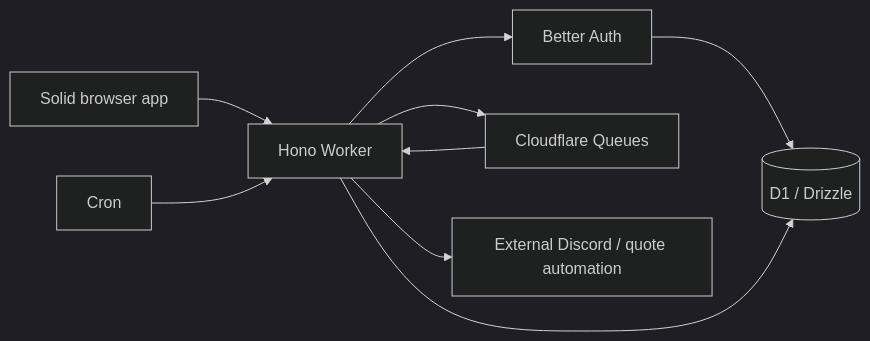
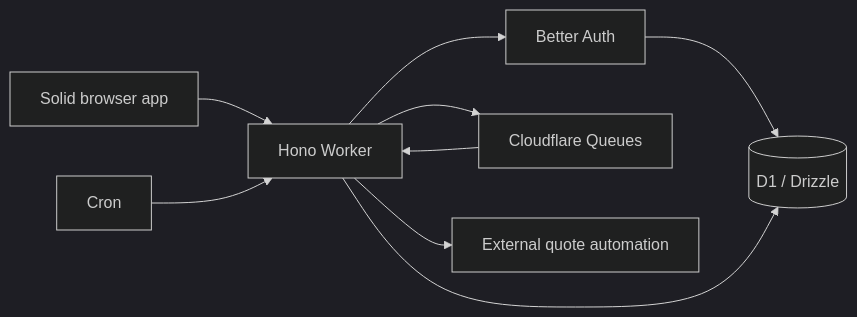
Before and after one commit to voltcrash/oxytype: the diagram in docs/ARCHITECTURE.md, drawn with Mermaid (dark theme). The commit also changed other lines of this file and 4 other files, not shown here.

````diff
--- a/docs/ARCHITECTURE.md
+++ b/docs/ARCHITECTURE.md
@@ -49,11 +49,11 @@
 ```mermaid
 flowchart LR
   Browser[Solid browser app] --> Worker[Hono Worker]
   Worker --> Auth[Better Auth]
   Auth --> D1[(D1 / Drizzle)]
   Worker --> D1
   Cron[Cron] --> Worker
   Worker --> Queues[Cloudflare Queues]
   Queues --> Worker
-  Worker --> Bridge[External Discord / quote automation]
+  Worker --> Bridge[External quote automation]
 ```
````
